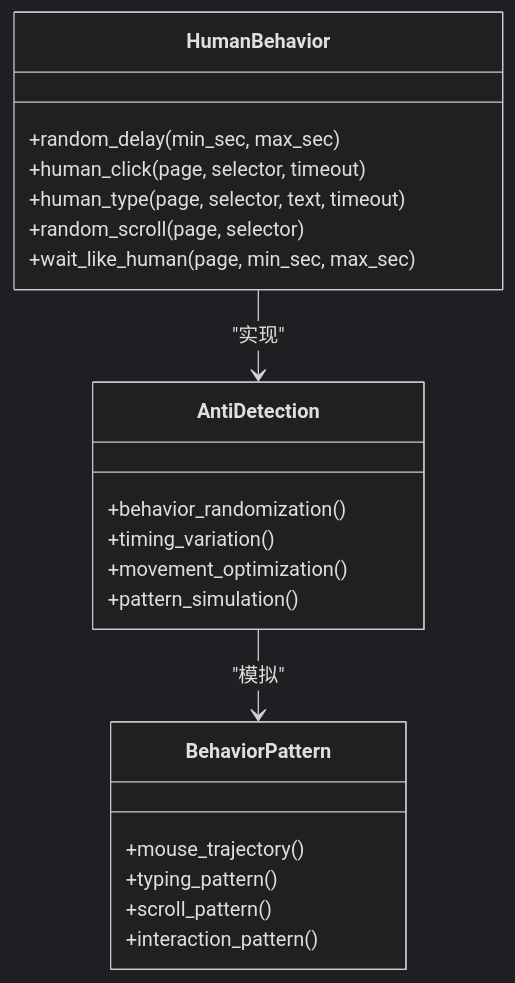
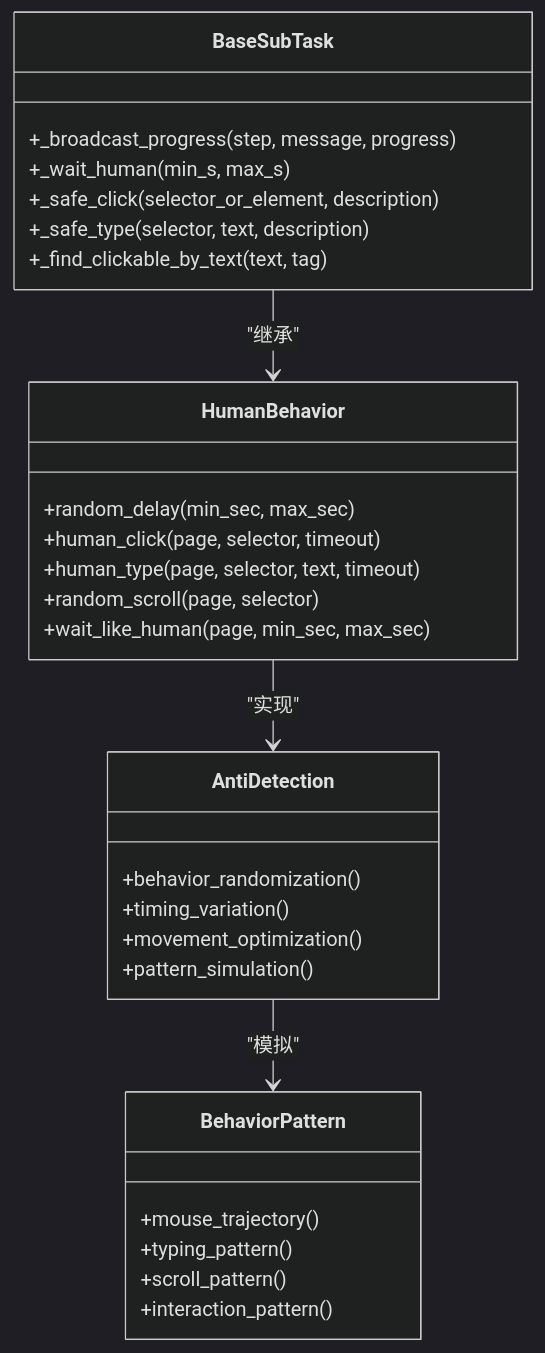
The fourth of 8 diagrams in .qoder/repowiki/zh/content/浏览器自动化/人性化行为模拟.md (onebody/ccclubs_AI_RPA), drawn with Mermaid (dark theme) before and after one commit. The commit also changed other lines of this file and 50 other files, not shown here.

````diff
--- a/.qoder/repowiki/zh/content/浏览器自动化/人性化行为模拟.md
+++ b/.qoder/repowiki/zh/content/浏览器自动化/人性化行为模拟.md
@@ -206,24 +245,32 @@
 ```mermaid
 classDiagram
 class HumanBehavior {
 +random_delay(min_sec, max_sec)
 +human_click(page, selector, timeout)
 +human_type(page, selector, text, timeout)
 +random_scroll(page, selector)
 +wait_like_human(page, min_sec, max_sec)
+}
+class BaseSubTask {
++_broadcast_progress(step, message, progress)
++_wait_human(min_s, max_s)
++_safe_click(selector_or_element, description)
++_safe_type(selector, text, description)
++_find_clickable_by_text(text, tag)
 }
 class AntiDetection {
 +behavior_randomization()
 +timing_variation()
 +movement_optimization()
 +pattern_simulation()
 }
 class BehaviorPattern {
 +mouse_trajectory()
 +typing_pattern()
 +scroll_pattern()
 +interaction_pattern()
 }
 HumanBehavior --> AntiDetection : "实现"
+BaseSubTask --> HumanBehavior : "继承"
 AntiDetection --> BehaviorPattern : "模拟"
 ```
````
